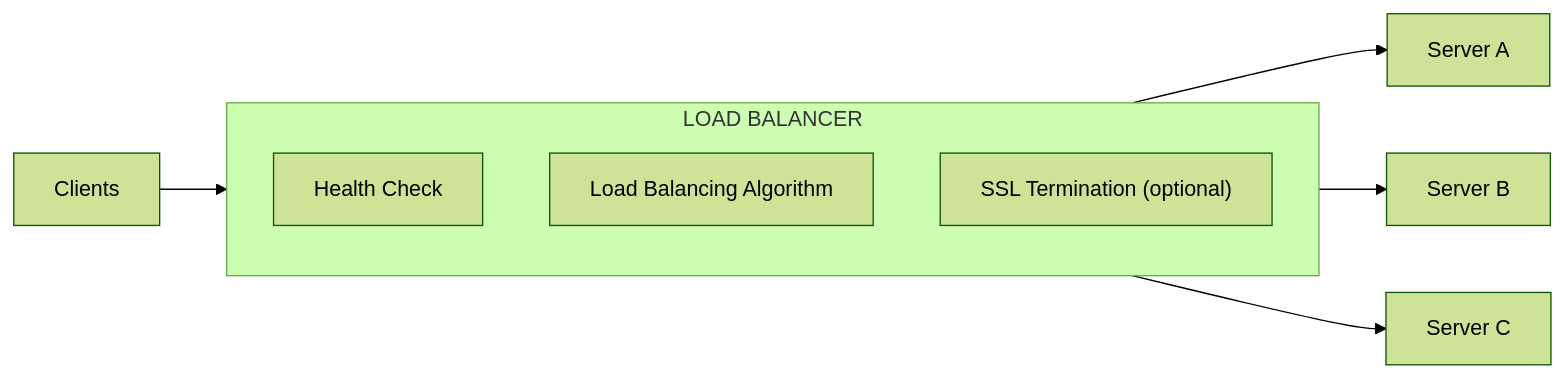
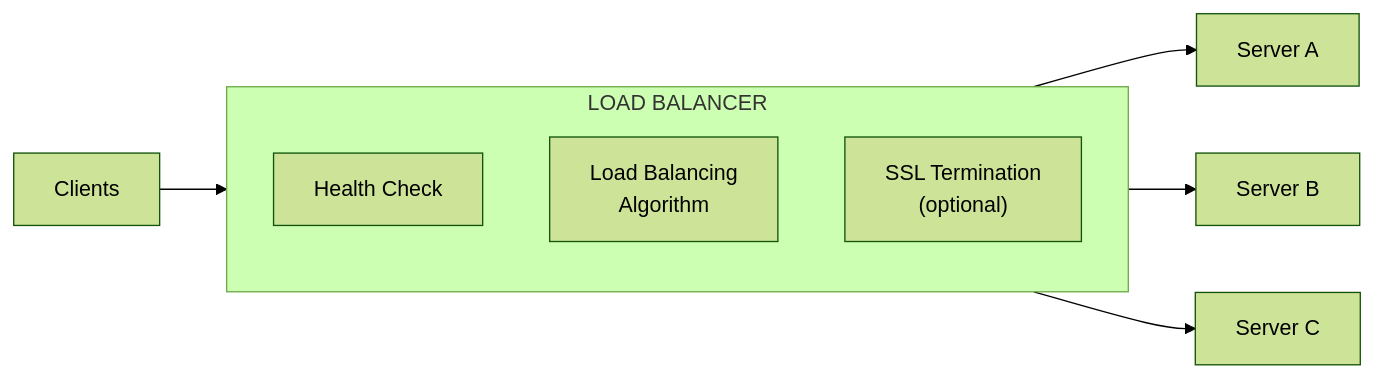
The diagram in src/content/vi/he-thong/load-balancer.md (Mrnobody102/it-interview-prep), drawn with Mermaid (forest theme) before and after one commit. The commit also changed other lines of this file and 62 other files, not shown here.

````diff
--- a/src/content/vi/he-thong/load-balancer.md
+++ b/src/content/vi/he-thong/load-balancer.md
@@ -9,13 +7,13 @@
 ```mermaid
 flowchart LR
     Clients["Clients"]
     subgraph LB["LOAD BALANCER"]
         H["Health Check"]
-        Algo["Load Balancing Algorithm"]
-        SSL["SSL Termination (optional)"]
+        Algo["Load Balancing<br>Algorithm"]
+        SSL["SSL Termination<br>(optional)"]
     end
     Clients --> LB
     LB --> S1["Server A"]
     LB --> S2["Server B"]
     LB --> S3["Server C"]
 ```
````
